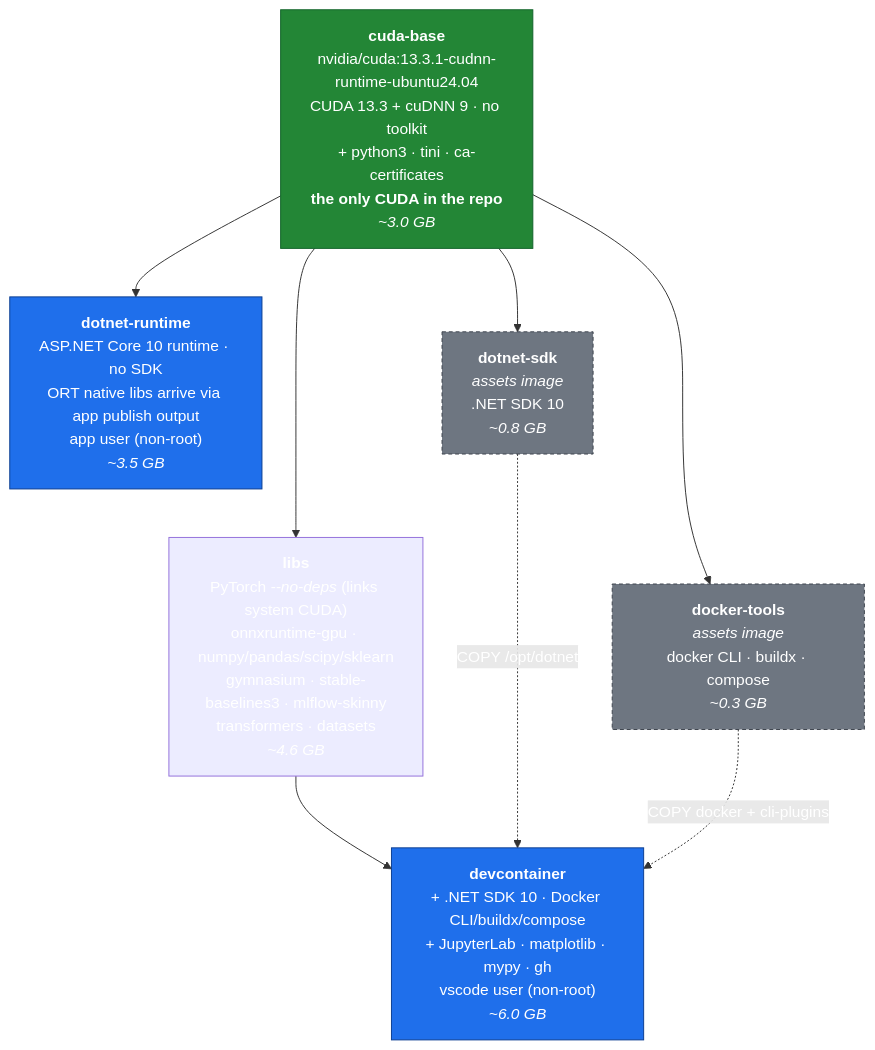
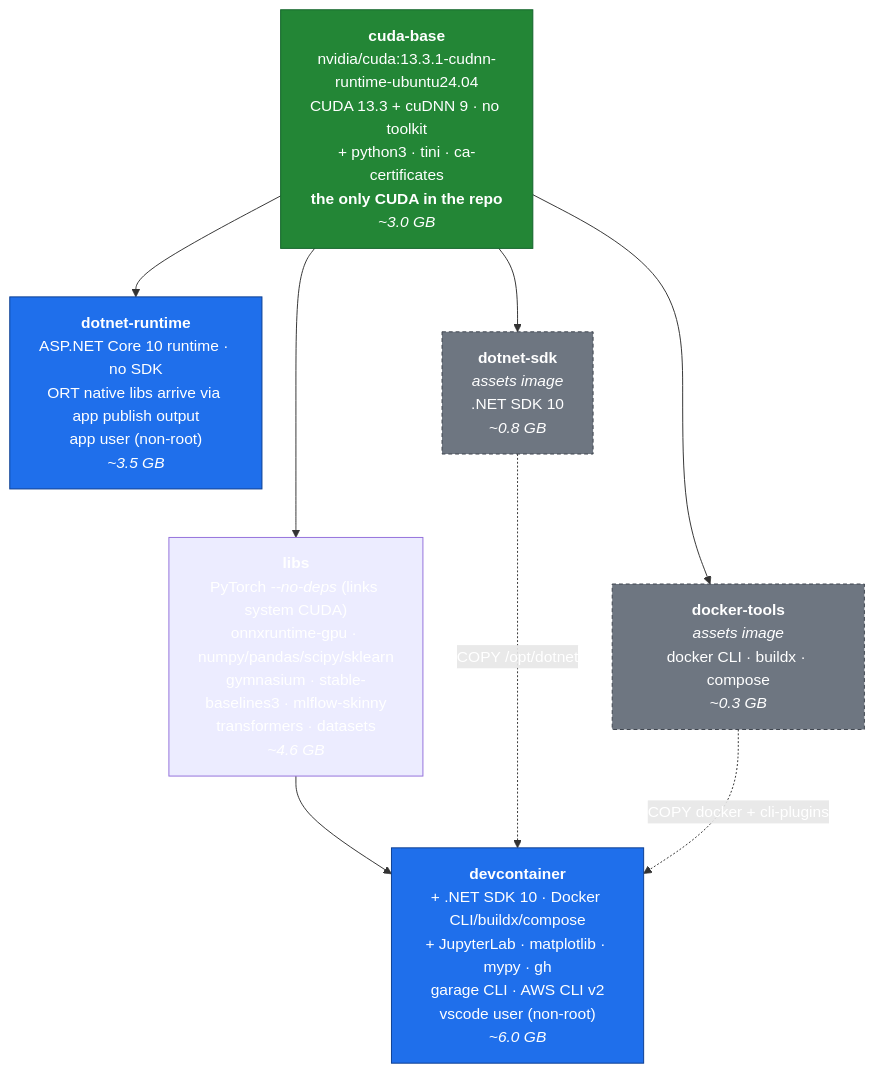
The diagram in DESIGN.md (goldsam/ml-images), drawn with Mermaid before and after one commit. The commit also changed 5 other files, not shown here.

First line of the commit message:
Replace s3cmd with the AWS CLI v2

````diff
--- a/DESIGN.md
+++ b/DESIGN.md
@@ -49,30 +49,30 @@
 ```mermaid
 graph TD
     cudabase["<b>cuda-base</b><br/>nvidia/cuda:13.3.1-cudnn-runtime-ubuntu24.04<br/>CUDA 13.3 + cuDNN 9 · no toolkit<br/>+ python3 · tini · ca-certificates<br/><b>the only CUDA in the repo</b><br/><i>~3.0 GB</i>"]
 
     libs["<b>libs</b><br/>PyTorch <i>--no-deps</i> (links system CUDA)<br/>onnxruntime-gpu · numpy/pandas/scipy/sklearn<br/>gymnasium · stable-baselines3 · mlflow-skinny<br/>transformers · datasets<br/><i>~4.6 GB</i>"]
 
-    devc["<b>devcontainer</b><br/>+ .NET SDK 10 · Docker CLI/buildx/compose<br/>+ JupyterLab · matplotlib · mypy · gh<br/>vscode user (non-root)<br/><i>~6.0 GB</i>"]
+    devc["<b>devcontainer</b><br/>+ .NET SDK 10 · Docker CLI/buildx/compose<br/>+ JupyterLab · matplotlib · mypy · gh<br/>garage CLI · AWS CLI v2<br/>vscode user (non-root)<br/><i>~6.0 GB</i>"]
 
     dotnetrt["<b>dotnet-runtime</b><br/>ASP.NET Core 10 runtime · no SDK<br/>ORT native libs arrive via app publish output<br/>app user (non-root)<br/><i>~3.5 GB</i>"]
 
     dotnetsdk["<b>dotnet-sdk</b><br/><i>assets image</i><br/>.NET SDK 10<br/><i>~0.8 GB</i>"]
 
     dockertools["<b>docker-tools</b><br/><i>assets image</i><br/>docker CLI · buildx · compose<br/><i>~0.3 GB</i>"]
 
     cudabase --> libs
     cudabase --> dotnetrt
     cudabase --> dotnetsdk
     cudabase --> dockertools
     libs --> devc
     dotnetsdk ~~~ dockertools
     dotnetsdk -.->|"COPY /opt/dotnet"| devc
     dockertools -.->|"COPY docker + cli-plugins"| devc
 
     classDef leaf fill:#1f6feb,stroke:#0b3d91,color:#fff
     classDef assets fill:#6e7681,stroke:#3d444d,color:#fff,stroke-dasharray:4 3
     classDef root fill:#238636,stroke:#116329,color:#fff
     class devc,dotnetrt leaf
     class dotnetsdk,dockertools assets
     class cudabase root
 ```
````
